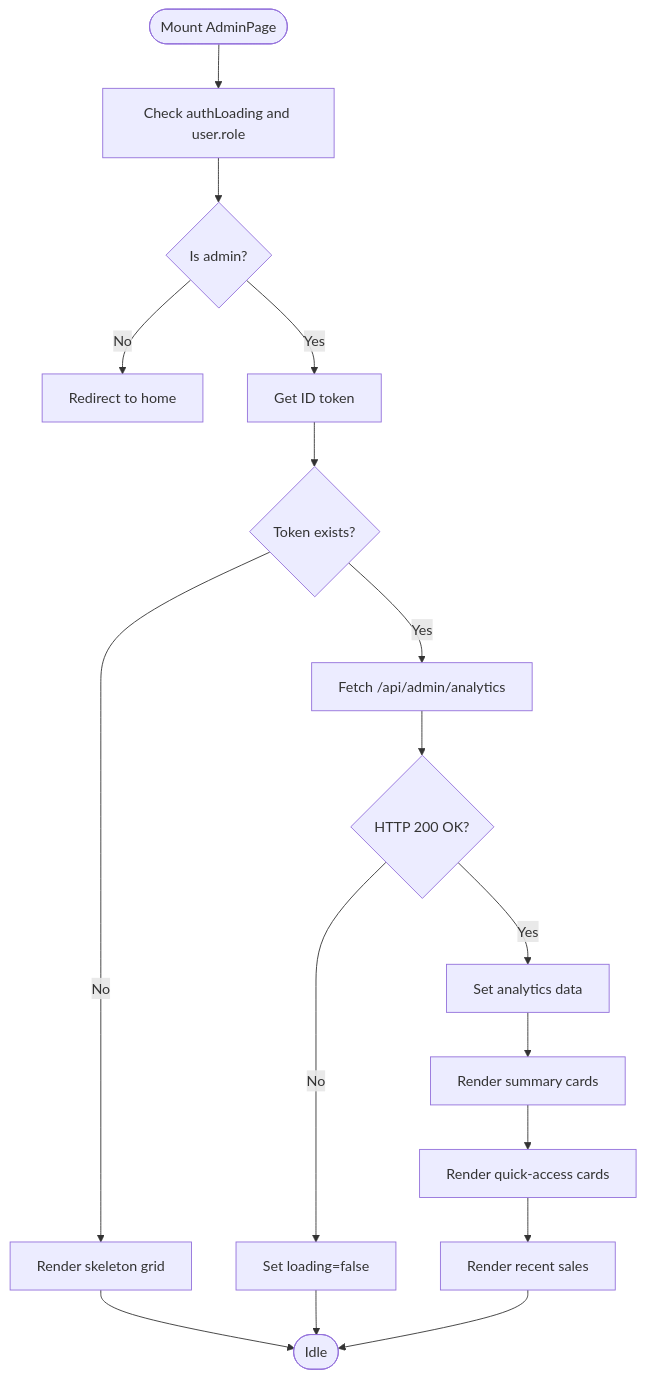
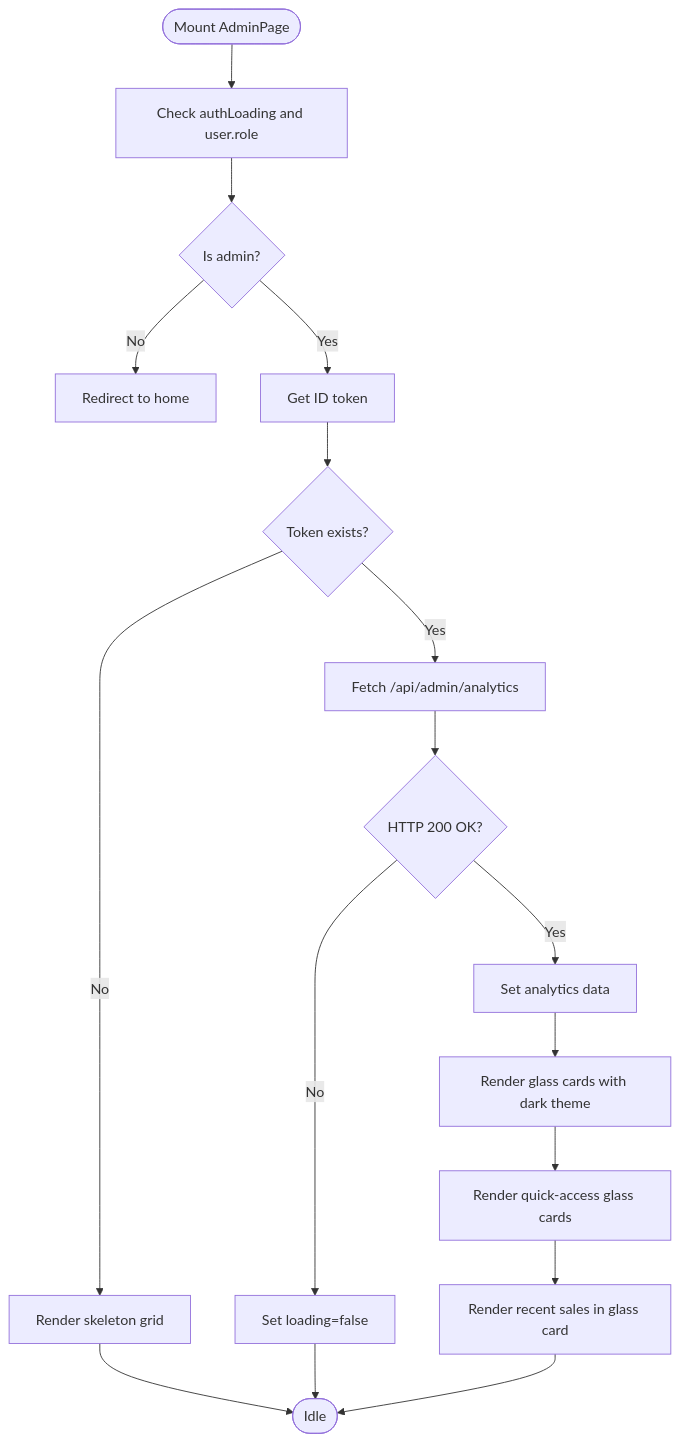
The third of 6 diagrams in .qoder/repowiki/en/content/Admin Panel/Admin Dashboard Overview.md (alikizang/datafrica), drawn with Mermaid before and after one commit. The commit also changed other lines of this file and 21 other files, not shown here.

````diff
--- a/.qoder/repowiki/en/content/Admin Panel/Admin Dashboard Overview.md
+++ b/.qoder/repowiki/en/content/Admin Panel/Admin Dashboard Overview.md
@@ -181,19 +290,19 @@
 ```mermaid
 flowchart TD
 Start(["Mount AdminPage"]) --> CheckAuth["Check authLoading and user.role"]
 CheckAuth --> IsAdmin{"Is admin?"}
 IsAdmin --> |No| Redirect["Redirect to home"]
 IsAdmin --> |Yes| FetchToken["Get ID token"]
 FetchToken --> GotToken{"Token exists?"}
 GotToken --> |No| ShowSkeleton["Render skeleton grid"]
 GotToken --> |Yes| CallAPI["Fetch /api/admin/analytics"]
 CallAPI --> APIResp{"HTTP 200 OK?"}
 APIResp --> |No| SetLoaded["Set loading=false"]
 APIResp --> |Yes| SetData["Set analytics data"]
-SetData --> RenderCards["Render summary cards"]
-RenderCards --> RenderQuickLinks["Render quick-access cards"]
-RenderQuickLinks --> RenderRecent["Render recent sales"]
+SetData --> RenderCards["Render glass cards with dark theme"]
+RenderCards --> RenderQuickLinks["Render quick-access glass cards"]
+RenderQuickLinks --> RenderRecent["Render recent sales in glass card"]
 ShowSkeleton --> End(["Idle"])
 SetLoaded --> End
 RenderRecent --> End
 ```
````
